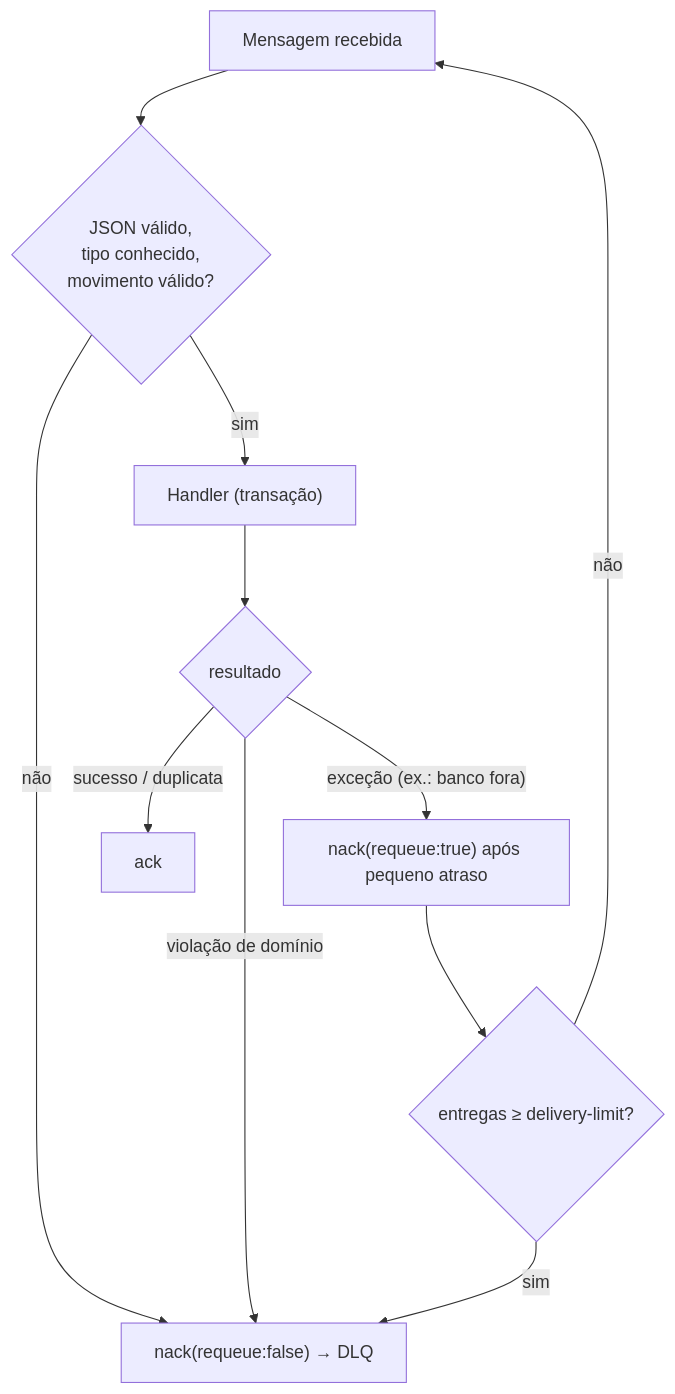
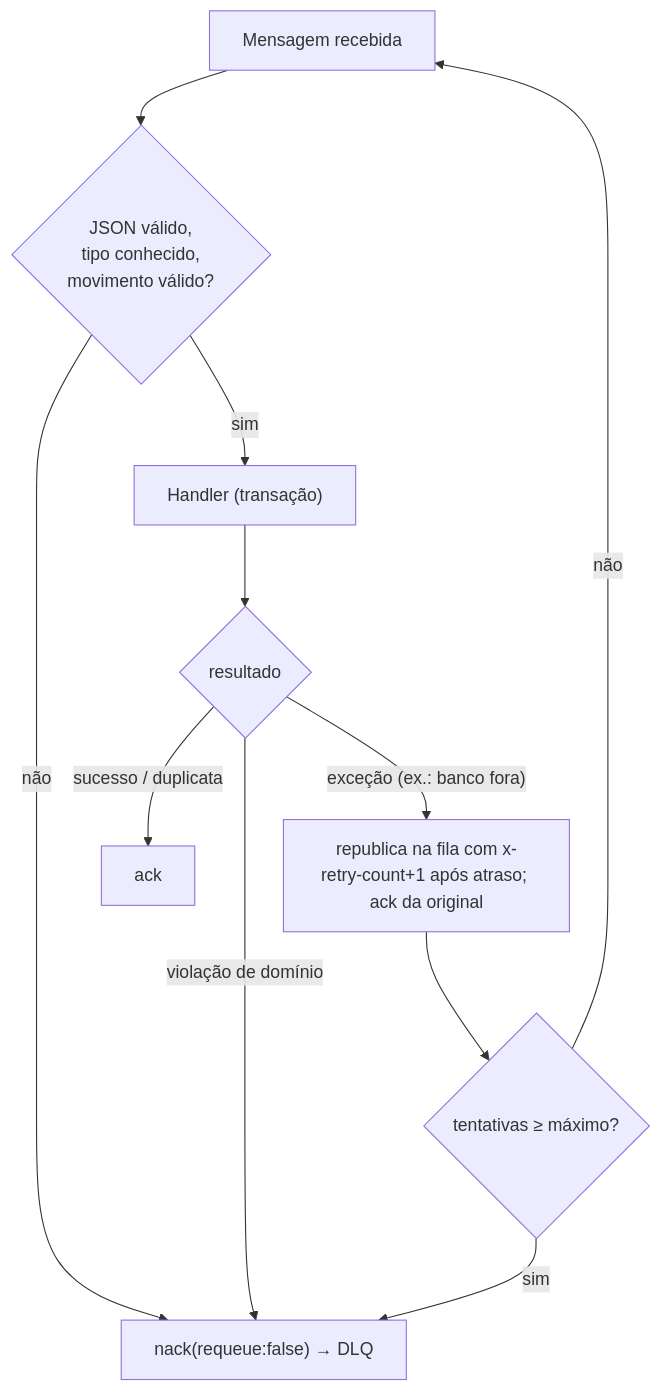
The second of 2 diagrams in docs/diagrams/sequencia-registro-consolidacao.md (LeonardoGonSantos/desafio-fluxo-caixa), drawn with Mermaid before and after one commit. The commit also changed 23 other files, not shown here.

First line of the commit message:
refactor(consolidacao): consumer dividido em topologia, handler e ciclo de vida; reconexão e retry com contador

````diff
--- a/docs/diagrams/sequencia-registro-consolidacao.md
+++ b/docs/diagrams/sequencia-registro-consolidacao.md
@@ -46,13 +46,13 @@
 ```mermaid
 flowchart TD
     m["Mensagem recebida"] --> j{"JSON válido,<br/>tipo conhecido,<br/>movimento válido?"}
     j -- não --> dlq["nack(requeue:false) → DLQ"]
     j -- sim --> h["Handler (transação)"]
     h --> ok{"resultado"}
     ok -- "sucesso / duplicata" --> ack["ack"]
     ok -- "violação de domínio" --> dlq
-    ok -- "exceção (ex.: banco fora)" --> r["nack(requeue:true) após pequeno atraso"]
-    r --> lim{"entregas ≥ delivery-limit?"}
+    ok -- "exceção (ex.: banco fora)" --> r["republica na fila com x-retry-count+1 após atraso; ack da original"]
+    r --> lim{"tentativas ≥ máximo?"}
     lim -- sim --> dlq
     lim -- não --> m
 ```
````
